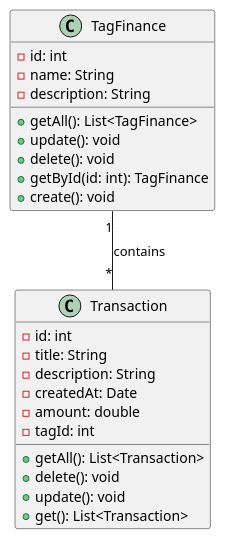
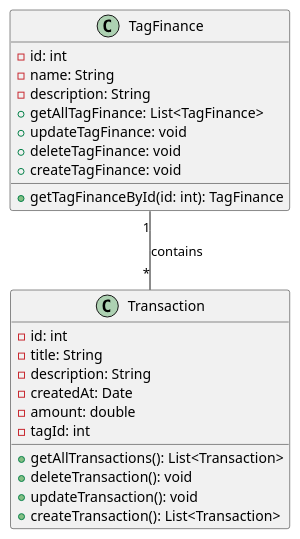
The diagram in demo/src/main/java/com/example/demo/plantUML/Diagram.puml (nguyenanhtu1001/JdbcConnectionPool), drawn with PlantUML before and after one commit. The commit also changed 1 other file, not shown here.

```diff
--- a/demo/src/main/java/com/example/demo/plantUML/Diagram.puml
+++ b/demo/src/main/java/com/example/demo/plantUML/Diagram.puml
@@ -1,29 +1,29 @@
 @startuml
 
 class TagFinance {
   - id: int
   - name: String
   - description: String
-  + getAll(): List<TagFinance>
-  + update(): void
-  + delete(): void
-  + getById(id: int): TagFinance
-  + create(): void
+  + getAllTagFinance: List<TagFinance>
+  + updateTagFinance: void
+  + deleteTagFinance: void
+  + getTagFinanceById(id: int): TagFinance
+  + createTagFinance: void
 }
 
 class Transaction {
   - id: int
   - title: String
   - description: String
   - createdAt: Date
   - amount: double
   - tagId: int
-  + getAll(): List<Transaction>
-  + delete(): void
-  + update(): void
-  + get(): List<Transaction>
+  + getAllTransactions(): List<Transaction>
+  + deleteTransaction(): void
+  + updateTransaction(): void
+  + createTransaction(): List<Transaction>
 }
 
 TagFinance "1" -- "*" Transaction: contains
 
 @enduml
```
